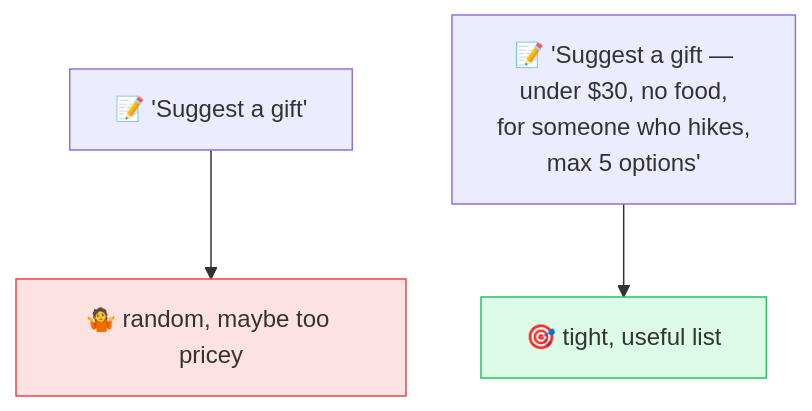
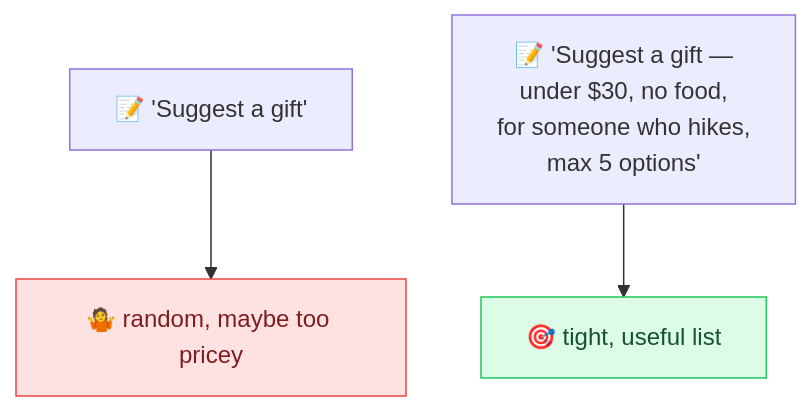
The diagram in techniques/constraints.md (behnia137/prompt-engineering-visual), drawn with Mermaid before and after one commit. The commit also changed 24 other files, not shown here.

First line of the commit message:
Fix Mermaid: escaped-quote parse errors + dark-mode text contrast

````diff
--- a/techniques/constraints.md
+++ b/techniques/constraints.md
@@ -7,7 +7,7 @@
 ```mermaid
 flowchart TB
     P["📝 'Suggest a gift'"] --> O1[🤷 random, maybe too pricey]
     Q["📝 'Suggest a gift —<br/>under $30, no food,<br/>for someone who hikes,<br/>max 5 options'"] --> O2[🎯 tight, useful list]
-    style O1 fill:#fee2e2,stroke:#ef4444
-    style O2 fill:#dcfce7,stroke:#22c55e
+    style O1 fill:#fee2e2,stroke:#ef4444,color:#7f1d1d
+    style O2 fill:#dcfce7,stroke:#22c55e,color:#14532d
 ```
````
